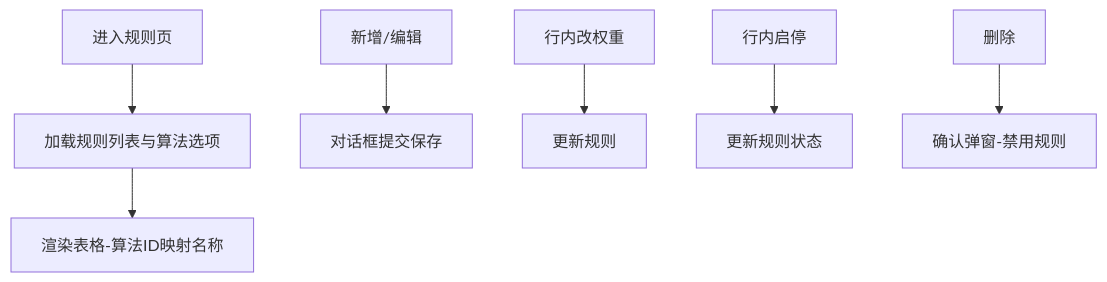
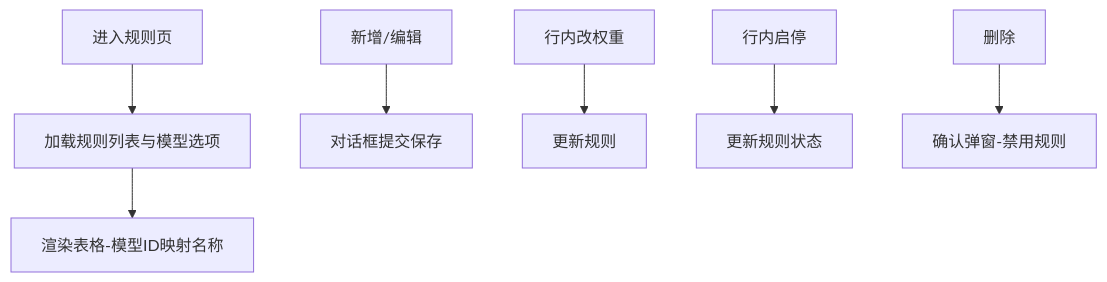
The third of 3 diagrams in dehaze-doc/docs/03-模块设计/基础模块/推荐管理/前端实现.md (earthy-zinc/dehaze-system), drawn with Mermaid before and after one commit. The commit also changed other lines of this file and 239 other files, not shown here.

````diff
--- a/dehaze-doc/docs/03-模块设计/基础模块/推荐管理/前端实现.md
+++ b/dehaze-doc/docs/03-模块设计/基础模块/推荐管理/前端实现.md
@@ -101,9 +101,9 @@
 ```mermaid
 flowchart TD
-    A[进入规则页] --> B[加载规则列表与算法选项]
-    B --> C[渲染表格-算法ID映射名称]
+    A[进入规则页] --> B[加载规则列表与模型选项]
+    B --> C[渲染表格-模型ID映射名称]
     D[新增/编辑] --> E[对话框提交保存]
     F[行内改权重] --> G[更新规则]
     H[行内启停] --> I[更新规则状态]
     J[删除] --> K[确认弹窗-禁用规则]
 ```
````
